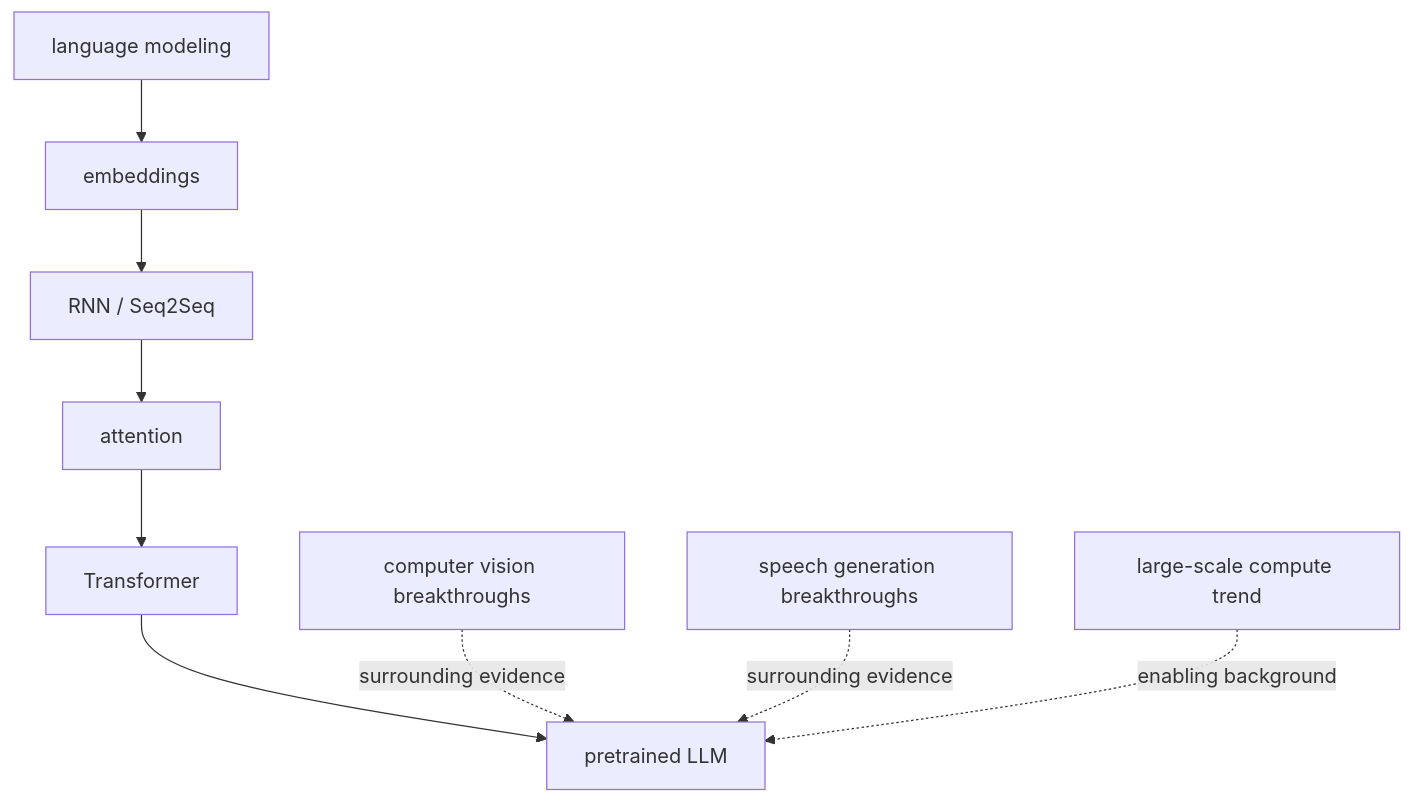
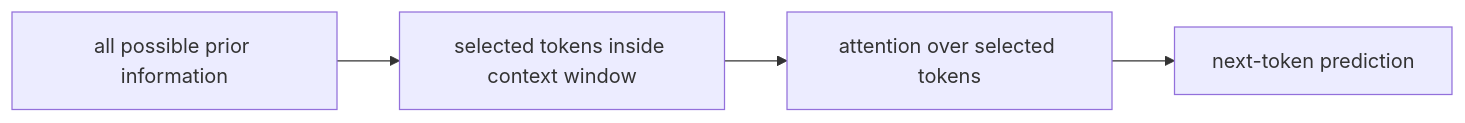
Before and after one commit to devchan64/AiBook: the diagram in docs/parts/part-05/chapter-03/section-02.md, drawn with Mermaid. The commit also changed other lines of this file and 47 other files, not shown here.

````diff
--- a/docs/parts/part-05/chapter-03/section-02.md
+++ b/docs/parts/part-05/chapter-03/section-02.md
@@ -129,18 +102,9 @@
 ```mermaid
-flowchart TD
-  A["language modeling"]
-  B["embeddings"]
-  C["RNN / Seq2Seq"]
-  D["attention"]
-  E["Transformer"]
-  F["pretrained LLM"]
+flowchart LR
+  A["all possible prior information"]
+  B["selected tokens inside context window"]
+  C["attention over selected tokens"]
+  D["next-token prediction"]
 
-  G["computer vision breakthroughs"]
-  H["speech generation breakthroughs"]
-  I["large-scale compute trend"]
-
-  A --> B --> C --> D --> E --> F
-  G -. surrounding evidence .-> F
-  H -. surrounding evidence .-> F
-  I -. enabling background .-> F
+  A --> B --> C --> D
 ```
````
